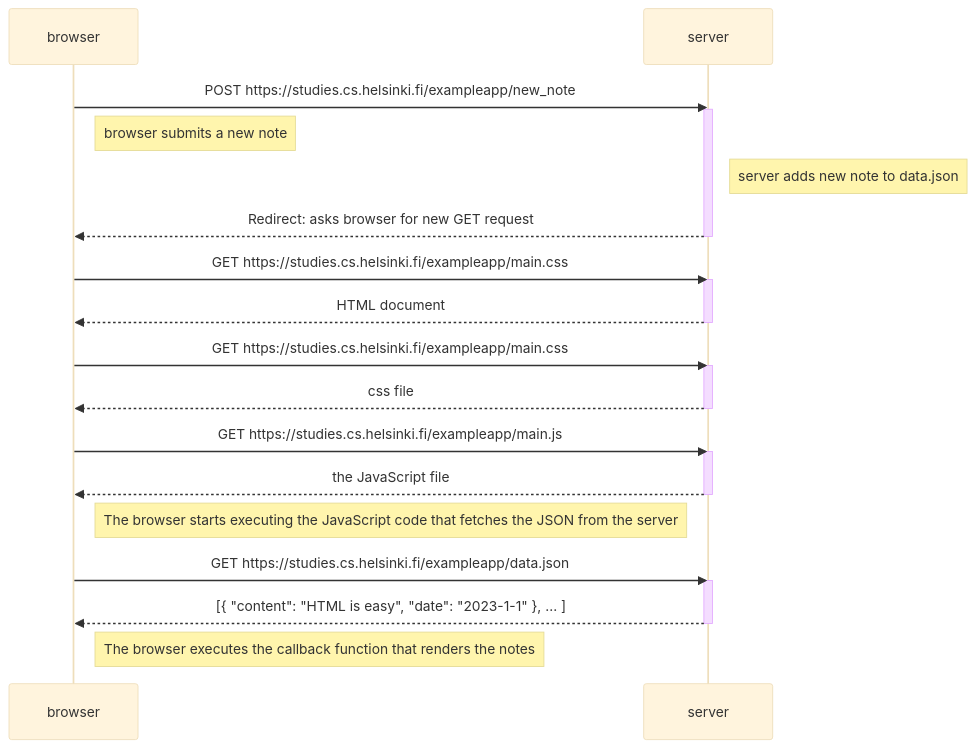
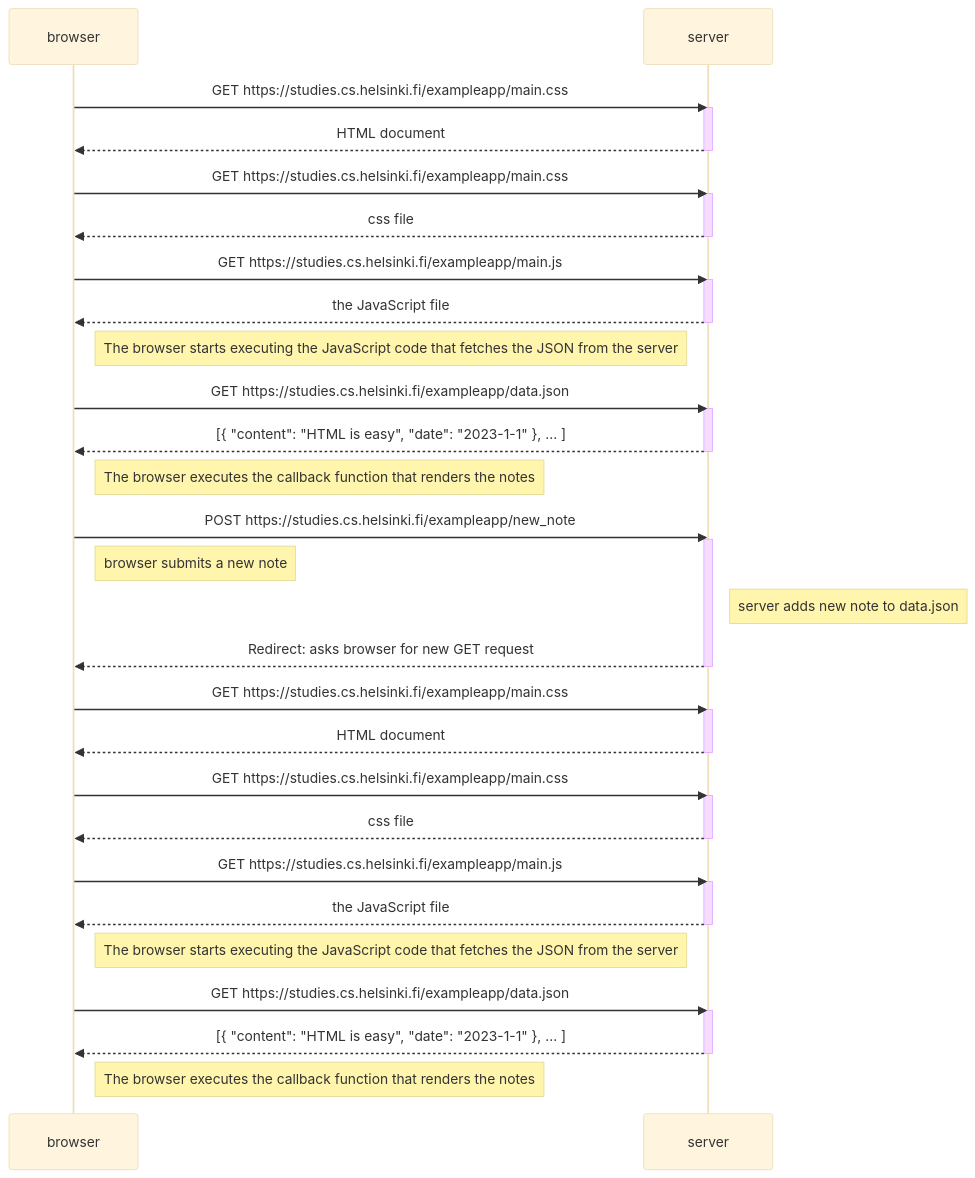
The diagram in part0/04.md (pedrohmtoledo/fullstackopen), drawn with Mermaid (base theme) before and after one commit.

Commit message:
Add the get request at the beginning

````diff
--- a/part0/04.md
+++ b/part0/04.md
@@ -1,37 +1,61 @@
 ```mermaid
 sequenceDiagram
     participant browser
     participant server
+
+    browser->>server: GET https://studies.cs.helsinki.fi/exampleapp/main.css
+    activate server
+    server-->>browser: HTML document
+    deactivate server
+
+    browser->>server: GET https://studies.cs.helsinki.fi/exampleapp/main.css
+    activate server
+    server-->>browser: css file
+    deactivate server
+
+    browser->>server: GET https://studies.cs.helsinki.fi/exampleapp/main.js
+    activate server
+    server-->>browser: the JavaScript file
+    deactivate server
+
+    Note right of browser: The browser starts executing the JavaScript code that fetches the JSON from the server
+
+    browser->>server: GET https://studies.cs.helsinki.fi/exampleapp/data.json
+    activate server
+    server-->>browser: [{ "content": "HTML is easy", "date": "2023-1-1" }, ... ]
+    deactivate server
+
+    Note right of browser: The browser executes the callback function that renders the notes
 
     browser->>server: POST https://studies.cs.helsinki.fi/exampleapp/new_note
     activate server
     Note right of browser: browser submits a new note
     Note right of server: server adds new note to data.json
     server-->>browser: Redirect: asks browser for new GET request
     deactivate server
 
     browser->>server: GET https://studies.cs.helsinki.fi/exampleapp/main.css
     activate server
     server-->>browser: HTML document
     deactivate server
 
     browser->>server: GET https://studies.cs.helsinki.fi/exampleapp/main.css
     activate server
     server-->>browser: css file
     deactivate server
 
     browser->>server: GET https://studies.cs.helsinki.fi/exampleapp/main.js
     activate server
     server-->>browser: the JavaScript file
     deactivate server
 
     Note right of browser: The browser starts executing the JavaScript code that fetches the JSON from the server
 
     browser->>server: GET https://studies.cs.helsinki.fi/exampleapp/data.json
     activate server
     server-->>browser: [{ "content": "HTML is easy", "date": "2023-1-1" }, ... ]
     deactivate server
 
     Note right of browser: The browser executes the callback function that renders the notes
 
 ```
````
